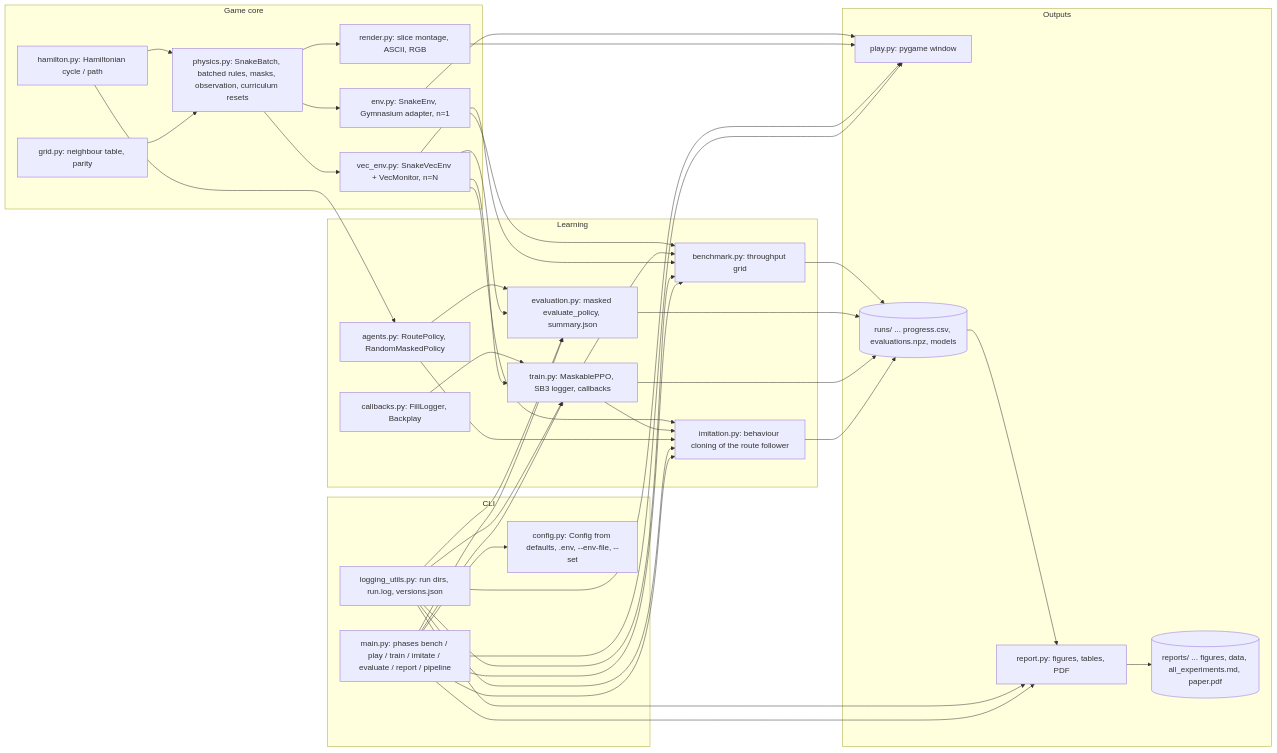
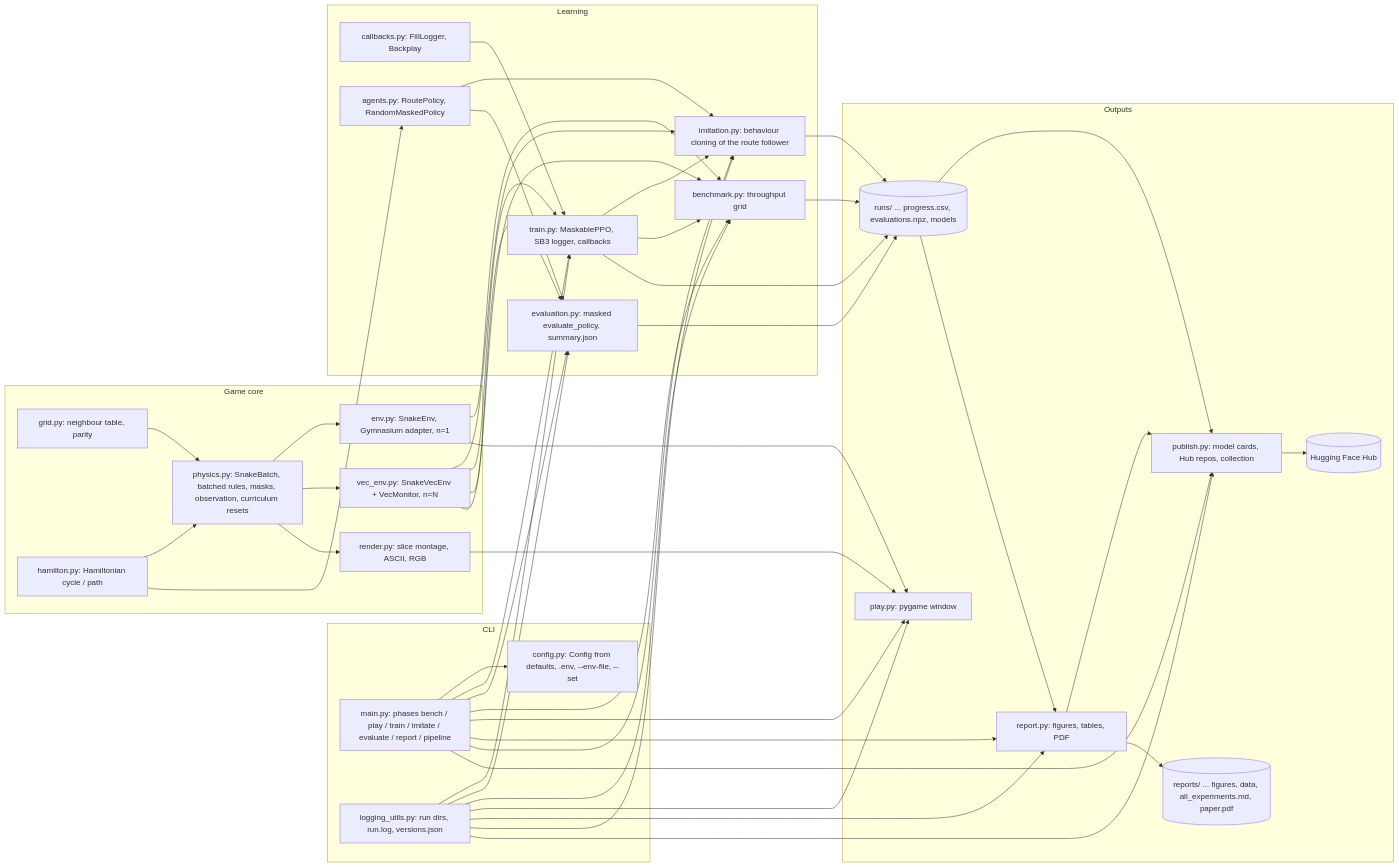
The diagram in README.md (BurnyCoder/4d-snake-rl), drawn with Mermaid before and after one commit. The commit also changed other lines of this file and 4 other files, not shown here.

Commit message:
docs: publish phase in README, AGENTS, architecture, .env.example, third-party notices

````diff
--- a/README.md
+++ b/README.md
@@ -92,51 +97,55 @@
 ```mermaid
 flowchart LR
     subgraph cli [CLI]
         main[main.py: phases bench / play / train / imitate / evaluate / report / pipeline]
         config[config.py: Config from defaults, .env, --env-file, --set]
         logging[logging_utils.py: run dirs, run.log, versions.json]
     end
     subgraph core [Game core]
         grid[grid.py: neighbour table, parity]
         hamilton[hamilton.py: Hamiltonian cycle / path]
         physics[physics.py: SnakeBatch, batched rules, masks, observation, curriculum resets]
         env[env.py: SnakeEnv, Gymnasium adapter, n=1]
         vec[vec_env.py: SnakeVecEnv + VecMonitor, n=N]
         render[render.py: slice montage, ASCII, RGB]
     end
     subgraph rl [Learning]
         train[train.py: MaskablePPO, SB3 logger, callbacks]
         imitation[imitation.py: behaviour cloning of the route follower]
         callbacks[callbacks.py: FillLogger, Backplay]
         agents[agents.py: RoutePolicy, RandomMaskedPolicy]
         evaluation[evaluation.py: masked evaluate_policy, summary.json]
         bench[benchmark.py: throughput grid]
     end
     subgraph out [Outputs]
         play[play.py: pygame window]
         report[report.py: figures, tables, PDF]
+        publish[publish.py: model cards, Hub repos, collection]
         runs[(runs/ ... progress.csv, evaluations.npz, models)]
         reports[(reports/ ... figures, data, all_experiments.md, paper.pdf)]
+        hub[(Hugging Face Hub)]
     end
     main --> config
-    main --> train & evaluation & bench & play & report & imitation
-    logging --> train & evaluation & bench & play & report & imitation
+    main --> train & evaluation & bench & play & report & imitation & publish
+    logging --> train & evaluation & bench & play & report & imitation & publish
+    report --> publish
+    runs --> publish --> hub
     agents --> imitation --> runs
     train --> imitation
     vec --> imitation
     env --> bench
     train --> bench
     grid --> physics
     hamilton --> physics
     physics --> env & vec
     physics --> render --> play
     env --> play
     vec --> train & evaluation & bench
     callbacks --> train
     agents --> evaluation
     hamilton --> agents
     train --> runs
     evaluation --> runs
     bench --> runs
     runs --> report --> reports
 ```
````
